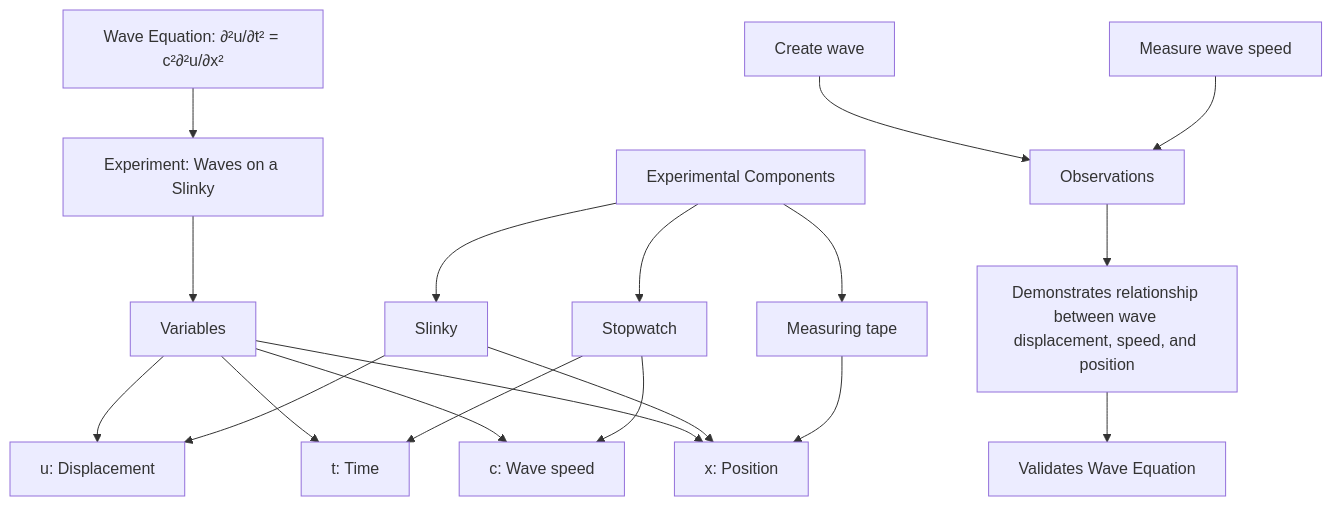
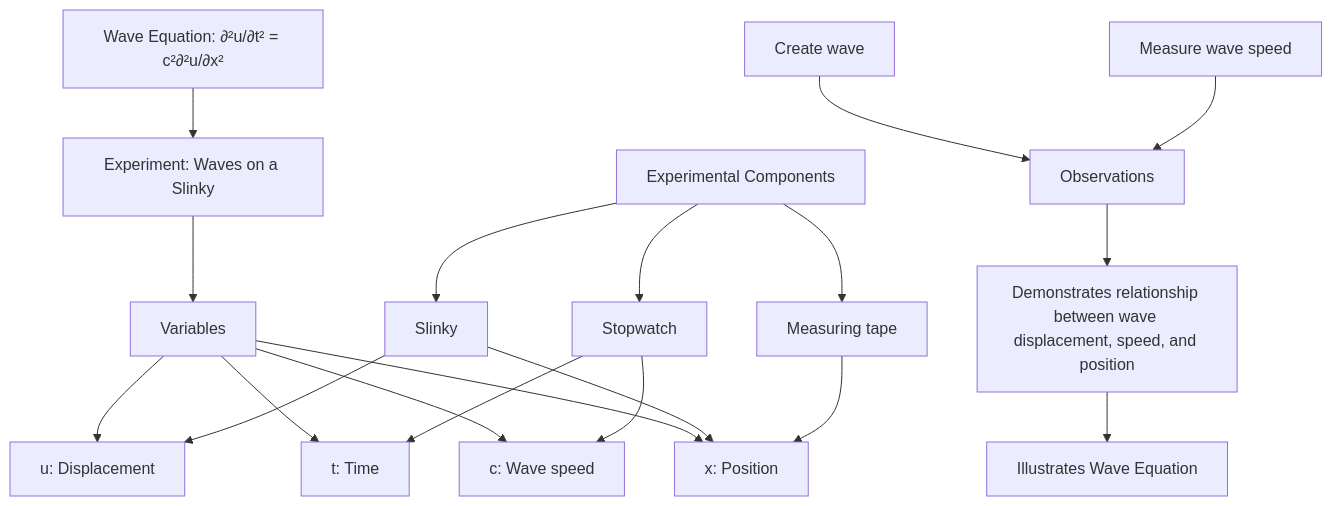
One commit to Josh-XT/math changed the fifth of 35 diagrams in README.md. Above: the diagram before and after it, drawn with Mermaid. The commit also changed other lines of this file, not shown here.

````diff
--- a/README.md
+++ b/README.md
@@ -661,26 +664,26 @@
 ```mermaid
 graph TD
     A["Wave Equation: ∂²u/∂t² = c²∂²u/∂x²"] --> B["Experiment: Waves on a Slinky"]
     B --> C["Variables"]
     C --> D["u: Displacement"]
     C --> E["t: Time"]
     C --> F["c: Wave speed"]
     C --> G["x: Position"]
     
     H["Experimental Components"] --> I["Slinky"]
     H --> J["Measuring tape"]
     H --> K["Stopwatch"]
     
     I --> D
     I --> G
     J --> G
     K --> E
     K --> F
     
     L["Observations"]
     M["Create wave"] --> L
     N["Measure wave speed"] --> L
     
     L --> O["Demonstrates relationship between wave displacement, speed, and position"]
-    O --> P["Validates Wave Equation"]
+    O --> P["Illustrates Wave Equation"]
 ```
````
